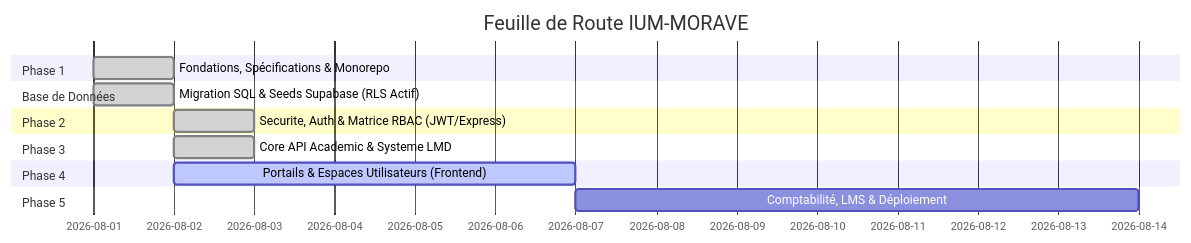
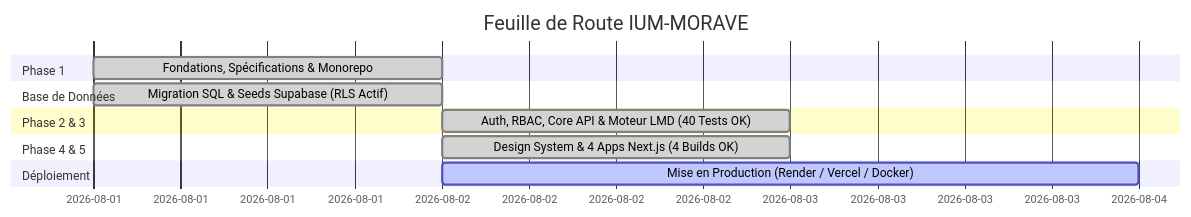
Before and after one commit to Adolphechris/IUM-MORAVE: the diagram in TODO.md, drawn with Mermaid. The commit also changed other lines of this file, not shown here.

Commit message:
docs(todo): update TODO.md with 100% completion metrics and production deployment readiness

````diff
--- a/TODO.md
+++ b/TODO.md
@@ -12,17 +10,15 @@
 ```mermaid
 gantt
     title Feuille de Route IUM-MORAVE
     dateFormat  YYYY-MM-DD
     section Phase 1
     Fondations, Spécifications & Monorepo             :done, 2026-08-01, 1d
     section Base de Données
     Migration SQL & Seeds Supabase (RLS Actif)        :done, 2026-08-01, 1d
-    section Phase 2
-    Securite, Auth & Matrice RBAC (JWT/Express)       :done, 2026-08-02, 1d
-    section Phase 3
-    Core API Academic & Systeme LMD                   :done, 2026-08-02, 1d
-    section Phase 4
-    Portails & Espaces Utilisateurs (Frontend)        :active, 2026-08-02, 5d
-    section Phase 5
-    Comptabilité, LMS & Déploiement                   : 2026-08-07, 7d
+    section Phase 2 & 3
+    Auth, RBAC, Core API & Moteur LMD (40 Tests OK)   :done, 2026-08-02, 1d
+    section Phase 4 & 5
+    Design System & 4 Apps Next.js (4 Builds OK)      :done, 2026-08-02, 1d
+    section Déploiement
+    Mise en Production (Render / Vercel / Docker)     :active, 2026-08-02, 2d
 ```
````
